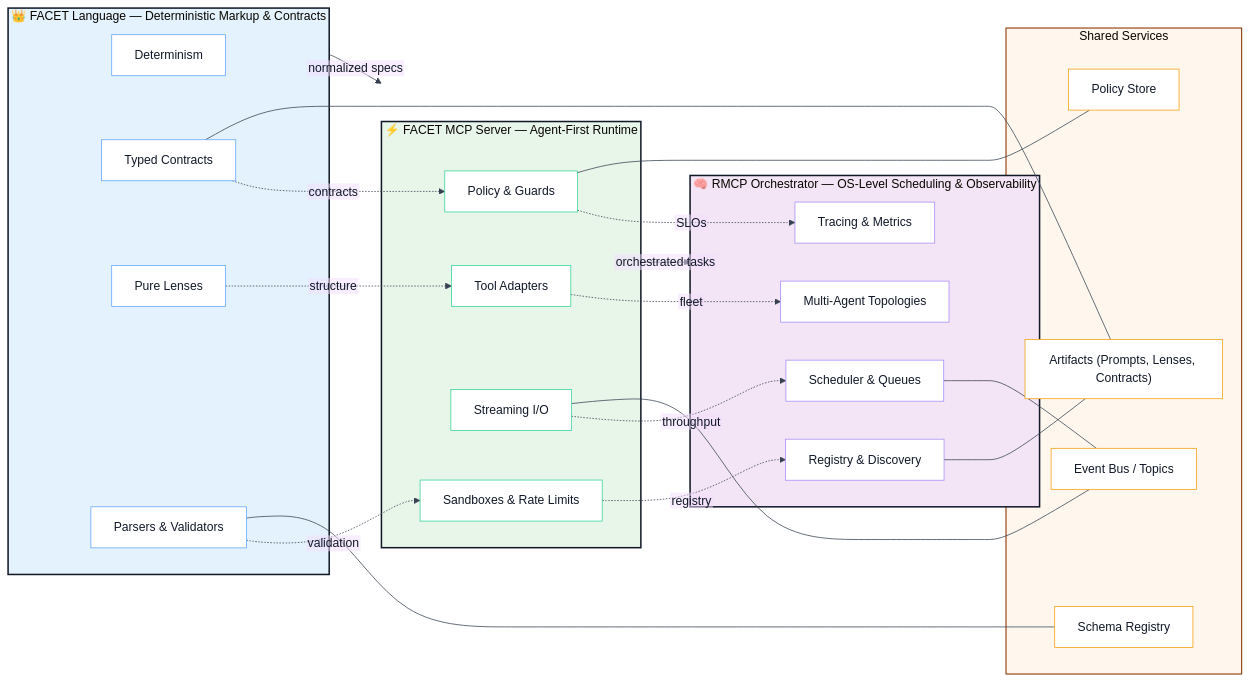
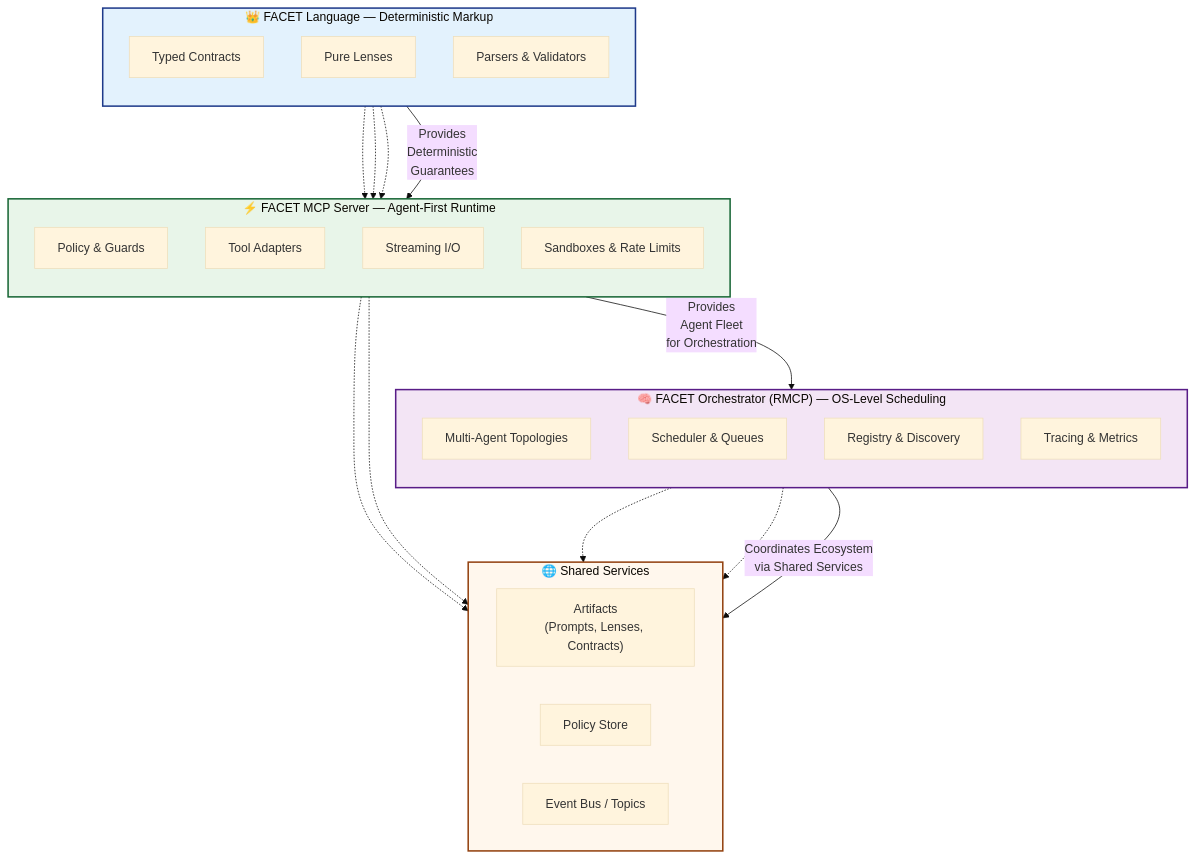
One commit to rokoss21/rokoss21 changed the diagram in README.md. Above: the diagram before and after it, drawn with Mermaid.

````diff
--- a/README.md
+++ b/README.md
@@ -30,98 +30,54 @@
 ```mermaid
-%%{init: {
-  "flowchart": { "htmlLabels": false, "curve": "basis" },
-  "theme": "base",
-  "themeVariables": {
-    "fontFamily": "ui-sans-serif, system-ui, -apple-system, Segoe UI, Roboto, Ubuntu",
-    "primaryBorderColor": "#111827",
-    "primaryTextColor": "#111827",
-    "lineColor": "#374151"
-  }
-}}%%
-flowchart LR
-    %% ========= LAYERS =========
-    subgraph F["👑 FACET Language — Deterministic Markup & Contracts"]
-        F1["Determinism"]
+graph TD
+    %%{init: {'theme': 'base', 'themeVariables': { 'fontFamily': 'system-ui, sans-serif'}}}%%
+    
+    subgraph S["🌐 Shared Services"]
+        direction LR
+        S4["Artifacts<br>(Prompts, Lenses, Contracts)"]
+        S2["Policy Store"]
+        S3["Event Bus / Topics"]
+    end
+
+    subgraph R["🧠 FACET Orchestrator (RMCP) — OS-Level Scheduling"]
+        direction TB
+        R3["Multi-Agent Topologies"]
+        R1["Scheduler & Queues"]
+        R4["Registry & Discovery"]
+        R2["Tracing & Metrics"]
+    end
+
+    subgraph M["⚡ FACET MCP Server — Agent-First Runtime"]
+        direction TB
+        M2["Policy & Guards"]
+        M1["Tool Adapters"]
+        M3["Streaming I/O"]
+        M4["Sandboxes & Rate Limits"]
+    end
+
+    subgraph F["👑 FACET Language — Deterministic Markup"]
+        direction TB
         F2["Typed Contracts"]
         F3["Pure Lenses"]
         F4["Parsers & Validators"]
     end
 
-    subgraph M["⚡ FACET MCP Server — Agent-First Runtime"]
-        M1["Tool Adapters"]
-        M2["Policy & Guards"]
-        M3["Streaming I/O"]
-        M4["Sandboxes & Rate Limits"]
-    end
+    %% Main Flow & Connections
+    F -- "Provides<br>Deterministic<br>Guarantees" --> M
+    M -- "Provides<br>Agent Fleet<br>for Orchestration" --> R
+    R -- "Coordinates Ecosystem<br>via Shared Services" --> S
+    
+    %% Detailed Connections
+    F2 -.-> M2
+    F3 -.-> M1
+    F4 -.-> M4
+    M2 -.-> S2
+    M3 -.-> S3
+    R1 -.-> S3
+    R4 -.-> S4
 
-    subgraph R["🧠 RMCP Orchestrator — OS-Level Scheduling & Observability"]
-        R1["Scheduler & Queues"]
-        R2["Tracing & Metrics"]
-        R3["Multi-Agent Topologies"]
-        R4["Registry & Discovery"]
-    end
-
-    %% ========= SHARED / SIDE SERVICES =========
-    subgraph S["Shared Services"]
-        S1["Schema Registry"]
-        S2["Policy Store"]
-        S3["Event Bus / Topics"]
-        S4["Artifacts (Prompts, Lenses, Contracts)"]
-    end
-
-    %% ========= MAIN FLOW =========
-    F -->|normalized specs| M -->|orchestrated tasks| R
-
-    %% Feature mappings (dashed ribbons)
-    F2 -. contracts .-> M2
-    F3 -. structure .-> M1
-    F4 -. validation .-> M4
-
-    M1 -. fleet .-> R3
-    M2 -. SLOs .-> R2
-    M3 -. throughput .-> R1
-    M4 -. registry .-> R4
-
-    %% Shared services wiring
-    F4 --- S1
-    M2 --- S2
-    M3 --- S3
-    R1 --- S3
-    F2 --- S4
-    R4 --- S4
-
-    %% Clickable deep-links (внутренние узлы)
-    click F1 "https://github.com/rokoss21/FACET" _blank
-    click F2 "https://github.com/rokoss21/FACET" _blank
-    click M1 "https://github.com/rokoss21/FACET_mcp" _blank
-    click M2 "https://github.com/rokoss21/FACET_mcp" _blank
-    click R1 "https://github.com/rokoss21/rmcp-protocol" _blank
-    click R3 "https://github.com/rokoss21/rmcp-protocol" _blank
-
-    %% ========= STYLES =========
-    style F fill:#e3f2fd,stroke:#111827,stroke-width:2px
-    style M fill:#e8f5e9,stroke:#111827,stroke-width:2px
-    style R fill:#f3e5f5,stroke:#111827,stroke-width:2px
-    style S fill:#fff7ed,stroke:#92400e,stroke-width:1.5px
-
-    style F1 fill:#ffffff,stroke:#60a5fa
-    style F2 fill:#ffffff,stroke:#60a5fa
-    style F3 fill:#ffffff,stroke:#60a5fa
-    style F4 fill:#ffffff,stroke:#60a5fa
-
-    style M1 fill:#ffffff,stroke:#34d399
-    style M2 fill:#ffffff,stroke:#34d399
-    style M3 fill:#ffffff,stroke:#34d399
-    style M4 fill:#ffffff,stroke:#34d399
-
-    style R1 fill:#ffffff,stroke:#a78bfa
-    style R2 fill:#ffffff,stroke:#a78bfa
-    style R3 fill:#ffffff,stroke:#a78bfa
-    style R4 fill:#ffffff,stroke:#a78bfa
-
-    style S1 fill:#ffffff,stroke:#f59e0b
-    style S2 fill:#ffffff,stroke:#f59e0b
-    style S3 fill:#ffffff,stroke:#f59e0b
-    style S4 fill:#ffffff,stroke:#f59e0b
-
+    %% Styles
+    style F fill:#e3f2fd,stroke:#1e3a8a,stroke-width:2px
+    style M fill:#e8f5e9,stroke:#166534,stroke-width:2px
+    style R fill:#f3e5f5,stroke:#581c87,stroke-width:2px
+    style S fill:#fff7ed,stroke:#92400e,stroke-width:2px
  ```
````
